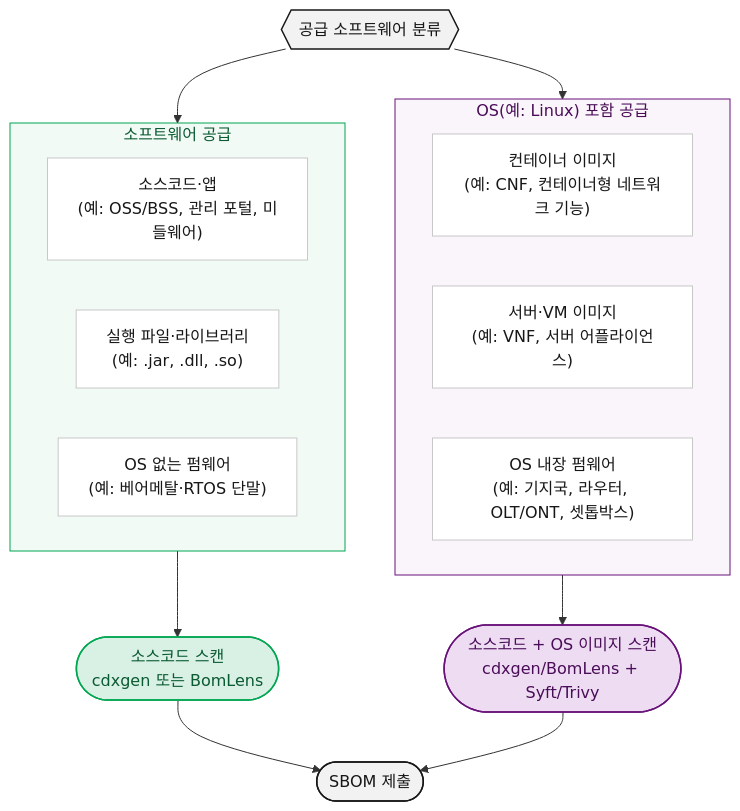
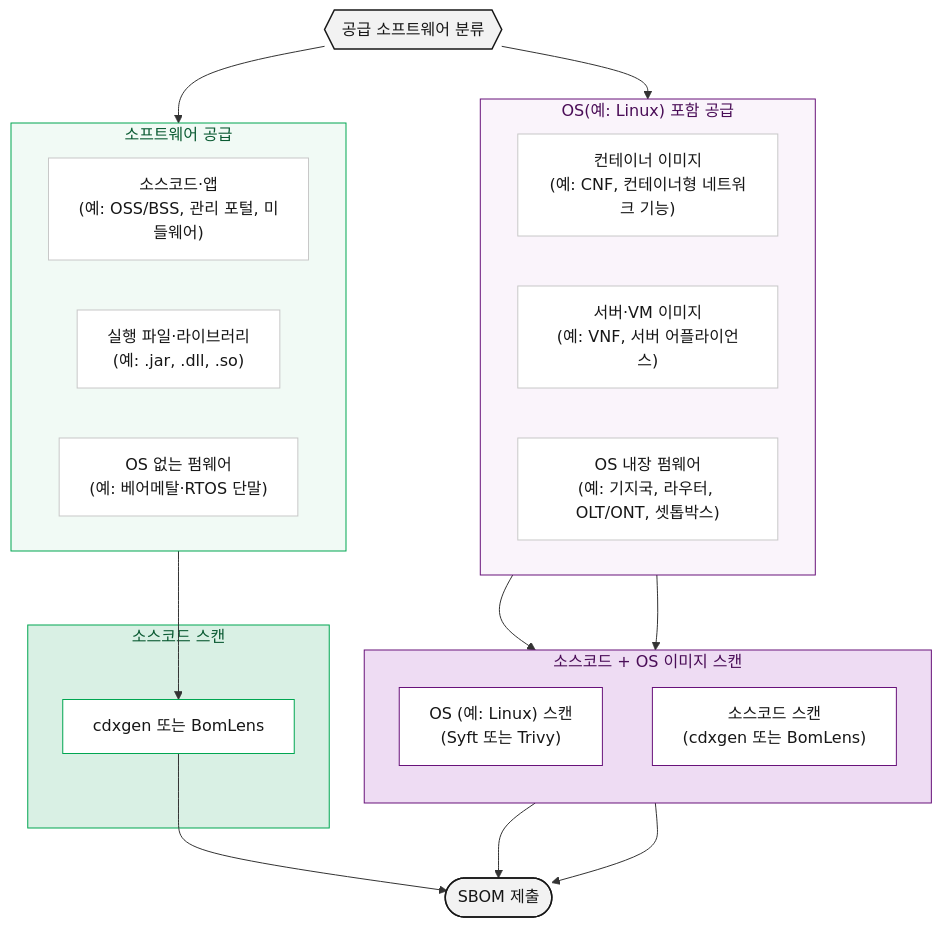
The diagram in content/ko/guide/supply-chain/for-suppliers/creation-guide/_index.md (sktelecom/sktelecom.github.io), drawn with Mermaid before and after one commit. The commit also changed 1 other file, not shown here.

Commit message:
style(supply-chain): separate scan target and tool in the selection diagram
Turn the two result nodes into subgraphs: the group title states what
to scan and the inner white boxes name the tools, so the target/tool
pairing is explicit. Mirror the same structure in the English page.

````diff
--- a/content/ko/guide/supply-chain/for-suppliers/creation-guide/_index.md
+++ b/content/ko/guide/supply-chain/for-suppliers/creation-guide/_index.md
@@ -14,40 +14,67 @@
 ```mermaid
 graph TD
     A{{"공급 소프트웨어 분류"}}
 
     subgraph G1["소프트웨어 공급"]
       direction LR
       T1["소스코드·앱<br>(예: OSS/BSS, 관리 포털, 미들웨어)"]
       T2["실행 파일·라이브러리<br>(예: .jar, .dll, .so)"]
       T3["OS 없는 펌웨어<br>(예: 베어메탈·RTOS 단말)"]
     end
 
     subgraph G2["OS(예: Linux) 포함 공급"]
       direction LR
       T4["컨테이너 이미지<br>(예: CNF, 컨테이너형 네트워크 기능)"]
       T5["서버·VM 이미지<br>(예: VNF, 서버 어플라이언스)"]
       T6["OS 내장 펌웨어<br>(예: 기지국, 라우터, OLT/ONT, 셋톱박스)"]
     end
 
+    %% 좌측: 소스코드 스캔 서브 박스 구조
+    subgraph M1["소스코드 스캔"]
+      M1_Sub["cdxgen 또는 BomLens"]
+    end
+
+    %% 우측: 소스코드 + OS 이미지 스캔 서브 박스 구조 (세로 배치)
+    subgraph M2["소스코드 + OS 이미지 스캔"]
+      direction TB
+      M2_Top["OS (예: Linux) 스캔<br>(Syft 또는 Trivy)"]
+      M2_Bottom["소스코드 스캔<br>(cdxgen 또는 BomLens)"]
+    end
+
     A --> G1
     A --> G2
-    G1 --> M1(["소스코드 스캔<br>cdxgen 또는 BomLens"])
-    G2 --> M2(["소스코드 + OS 이미지 스캔<br>cdxgen/BomLens + Syft/Trivy"])
-    M1 --> P(["SBOM 제출"])
-    M2 --> P
+    
+    %% 그룹에서 내부 서브 박스로 연결
+    G1 --> M1_Sub
+    
+    %% G2에서 우측 내부 박스들로 각각 연결선 진입
+    G2 --> M2_Top
+    G2 --> M2_Bottom
+    
+    %% 내부 서브 박스에서 다음 단계로 연결
+    M1_Sub --> P(["SBOM 제출"])
+    M2_Top --> P
+    M2_Bottom --> P
 
     classDef start fill:#F2F2F2,stroke:#171717,color:#171717,stroke-width:1.5px
     classDef typebox fill:#ffffff,stroke:#c8c8c8,color:#171717,stroke-width:1px
-    classDef source fill:#D9F0E4,stroke:#00A651,color:#0A5A32,stroke-width:1.5px
-    classDef osmerge fill:#EEDCF3,stroke:#68127A,color:#4A0D57,stroke-width:1.5px
     classDef submit fill:#F2F2F2,stroke:#171717,color:#171717,stroke-width:1.5px
+    
+    %% 내부 단일 박스용 흰색 스타일 정의 (좌/우 테두리 색상 구분)
+    classDef subwhite_left fill:#ffffff,stroke:#00A651,color:#171717,stroke-width:1px
+    classDef subwhite_right fill:#ffffff,stroke:#68127A,color:#171717,stroke-width:1px
 
     class A start
     class T1,T2,T3,T4,T5,T6 typebox
-    class M1 source
-    class M2 osmerge
+    class M1_Sub subwhite_left
+    class M2_Top,M2_Bottom subwhite_right
     class P submit
 
     style G1 fill:#F1FAF5,stroke:#00A651,stroke-width:1px,color:#0A5A32
     style G2 fill:#FAF4FB,stroke:#68127A,stroke-width:1px,color:#4A0D57
+    
+    %% 외곽 박스 스타일 (배경색 및 테두리 유지)
+    style M1 fill:#D9F0E4,stroke:#00A651,stroke-width:1px,color:#0A5A32
+    style M2 fill:#EEDCF3,stroke:#68127A,stroke-width:1px,color:#4A0D57
+
 ```
````
